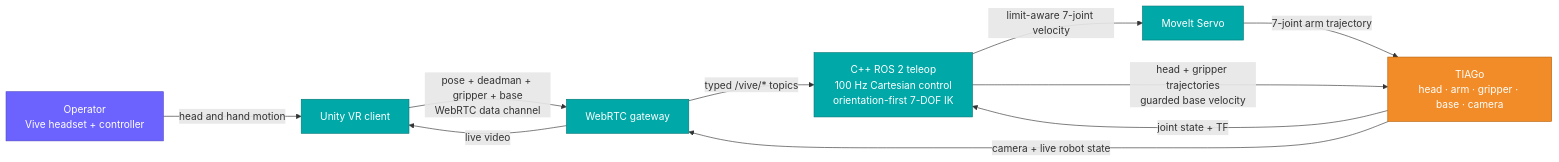
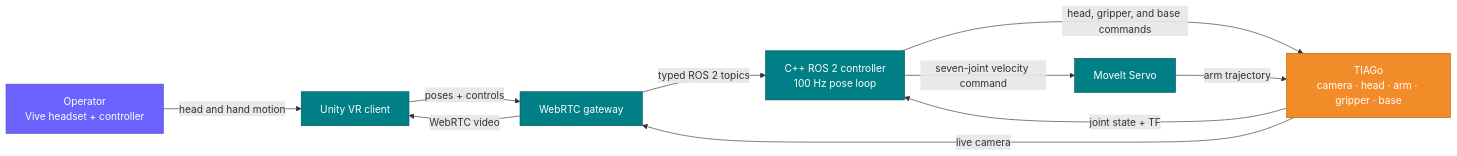
Before and after one commit to ichores-research/vive_teleop: the first of 2 diagrams in README.md, drawn with Mermaid. The commit also changed other lines of this file and 3 other files, not shown here.

````diff
--- a/README.md
+++ b/README.md
@@ -62,26 +47,26 @@
 ```mermaid
 flowchart LR
     O["Operator<br/>Vive headset + controller"]
     U["Unity VR client"]
     W["WebRTC gateway"]
-    T["C++ ROS 2 teleop<br/>100 Hz Cartesian control<br/>orientation-first 7-DOF IK"]
+    C["C++ ROS 2 controller<br/>100 Hz pose loop"]
     S["MoveIt Servo"]
-    R["TIAGo<br/>head · arm · gripper · base · camera"]
+    R["TIAGo<br/>camera · head · arm · gripper · base"]
 
     O -->|head and hand motion| U
-    U -->|pose + deadman + gripper + base<br/>WebRTC data channel| W
-    W -->|typed /vive/* topics| T
-    T -->|limit-aware 7-joint velocity| S
-    T -->|head + gripper trajectories<br/>guarded base velocity| R
-    S -->|7-joint arm trajectory| R
-    R -->|camera + live robot state| W
-    R -->|joint state + TF| T
-    W -->|live video| U
+    U -->|poses + controls| W
+    W -->|typed ROS 2 topics| C
+    C -->|seven-joint velocity command| S
+    C -->|head, gripper, and base commands| R
+    S -->|arm trajectory| R
+    R -->|joint state + TF| C
+    R -->|live camera| W
+    W -->|WebRTC video| U
 
     classDef human fill:#6C63FF,color:#fff,stroke:#4B44C4
-    classDef client fill:#00A8A8,color:#fff,stroke:#007878
+    classDef software fill:#007F86,color:#fff,stroke:#00585D
     classDef robot fill:#F28C28,color:#fff,stroke:#B85E00
     class O human
-    class U,W,T,S client
+    class U,W,C,S software
     class R robot
 ```
````
